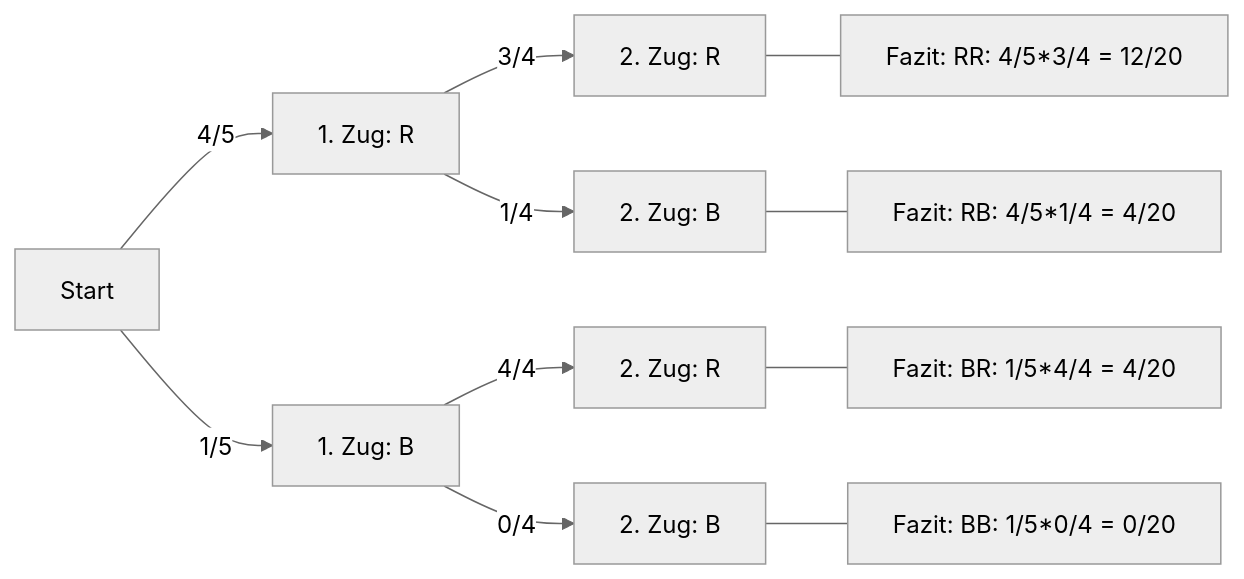
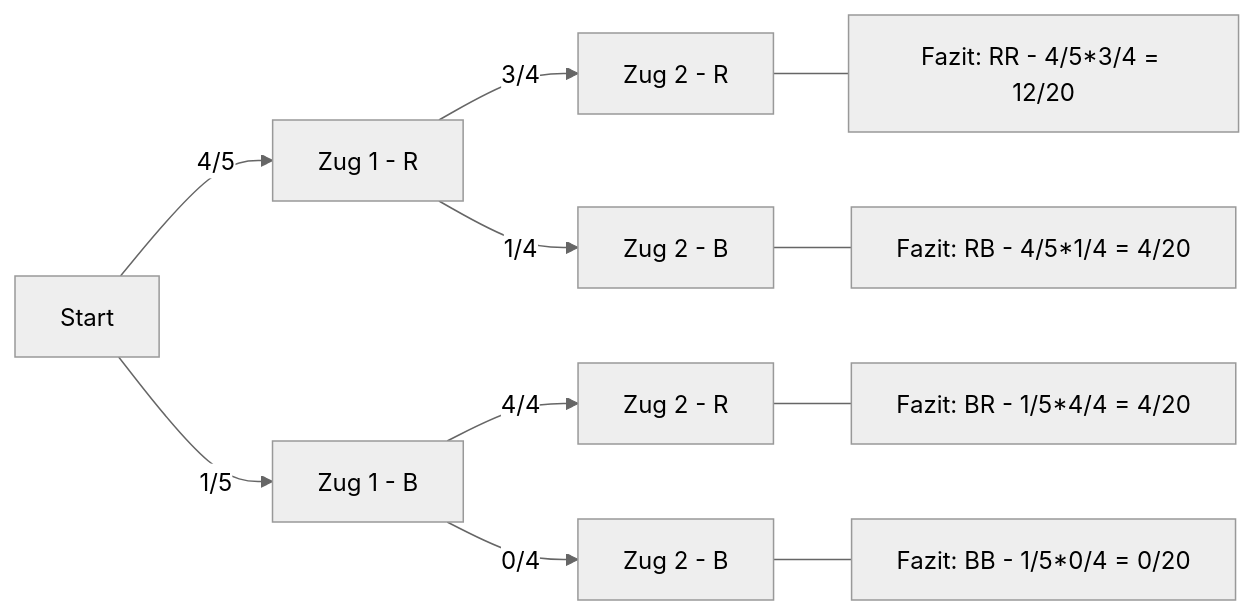
The second of 3 diagrams in 0300-Wskt.qmd (sebastiansauer/start-bayes), drawn with Mermaid (neutral theme) before and after one commit. The commit also changed other lines of this file and 64 other files, not shown here.

````diff
--- a/0300-Wskt.qmd
+++ b/0300-Wskt.qmd
@@ -1798,15 +1844,16 @@
 ```{mermaid}
 %%| fig-cap: "Baumdiagramm für ein ein zweistufiges Zufallsereignis, wobei der 2. Zug (Stufe) abhängig ist vom 1. Zug."
 %%| label: fig-baum-abh
 flowchart LR
-  A[Start] -->|4/5|B[1. Zug: R]
-  A -->|1/5|C[1. Zug: B]
-  B -->|3/4|D[2. Zug: R]
-  B -->|1/4|E[2. Zug: B]
-  D --- H[Fazit: RR: 4/5*3/4 = 12/20]
-  E --- I[Fazit: RB: 4/5*1/4 = 4/20]
-  C -->|4/4|F[2. Zug: R]
-  C -->|0/4|G[2. Zug: B]
-  F --- J[Fazit: BR: 1/5*4/4 = 4/20]
-  G --- K[Fazit: BB: 1/5*0/4 = 0/20]
+  A[Start] -->|4/5|B[Zug 1 - R]
+  A -->|1/5|C[Zug 1 - B]
+  B -->|3/4|D[Zug 2 - R]
+  B -->|1/4|E[Zug 2 -  B]
+  D --- H[Fazit: RR - 4/5*3/4 = 12/20]
+  E --- I[Fazit: RB - 4/5*1/4 = 4/20]
+  C -->|4/4|F[Zug 2 - R]
+  C -->|0/4|G[Zug 2 - B]
+  F --- J[Fazit: BR - 1/5*4/4 = 4/20]
+  G --- K[Fazit: BB - 1/5*0/4 = 0/20]
+  
 ```
````
